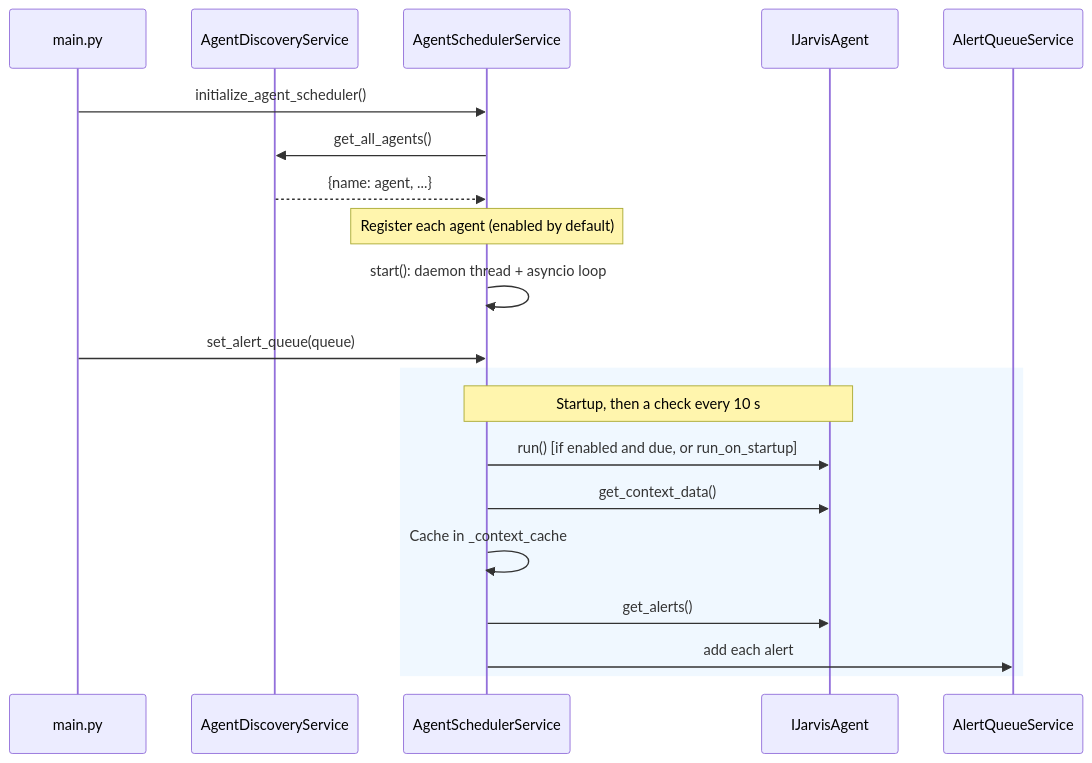
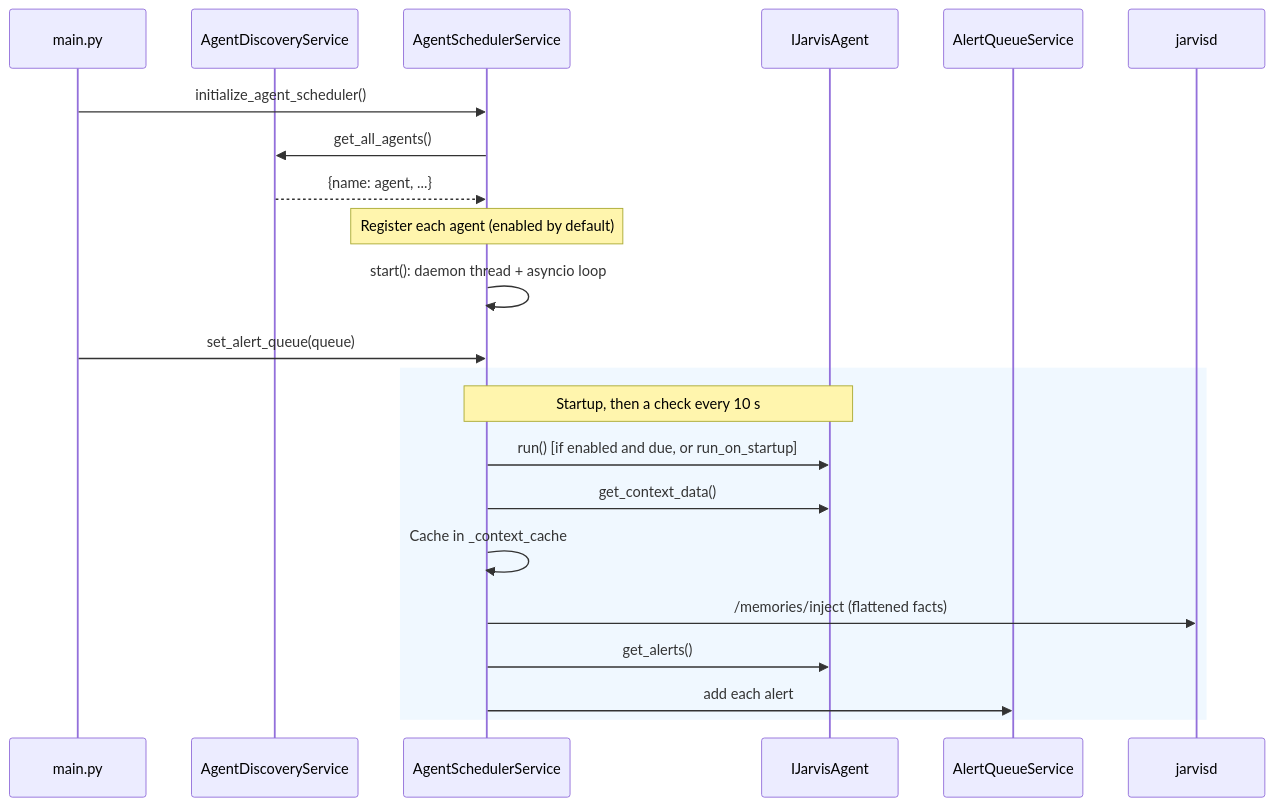
The diagram in docs/extending/agents/index.md (alexberardi/jarvis-docs), drawn with Mermaid before and after one commit. The commit also changed other lines of this file and 3 other files, not shown here.

````diff
--- a/docs/extending/agents/index.md
+++ b/docs/extending/agents/index.md
@@ -129,24 +159,26 @@
 ```mermaid
 sequenceDiagram
     participant Main as main.py
     participant ADS as AgentDiscoveryService
     participant ASS as AgentSchedulerService
     participant Agent as IJarvisAgent
     participant AQS as AlertQueueService
+    participant Server as jarvisd
 
     Main->>ASS: initialize_agent_scheduler()
     ASS->>ADS: get_all_agents()
     ADS-->>ASS: {name: agent, ...}
     Note over ASS: Register each agent (enabled by default)
     ASS->>ASS: start(): daemon thread + asyncio loop
     Main->>ASS: set_alert_queue(queue)
 
     rect rgb(240, 248, 255)
         Note over ASS,Agent: Startup, then a check every 10 s
         ASS->>Agent: run() [if enabled and due, or run_on_startup]
         ASS->>Agent: get_context_data()
         ASS->>ASS: Cache in _context_cache
+        ASS->>Server: /memories/inject (flattened facts)
         ASS->>Agent: get_alerts()
         ASS->>AQS: add each alert
     end
 ```
````
